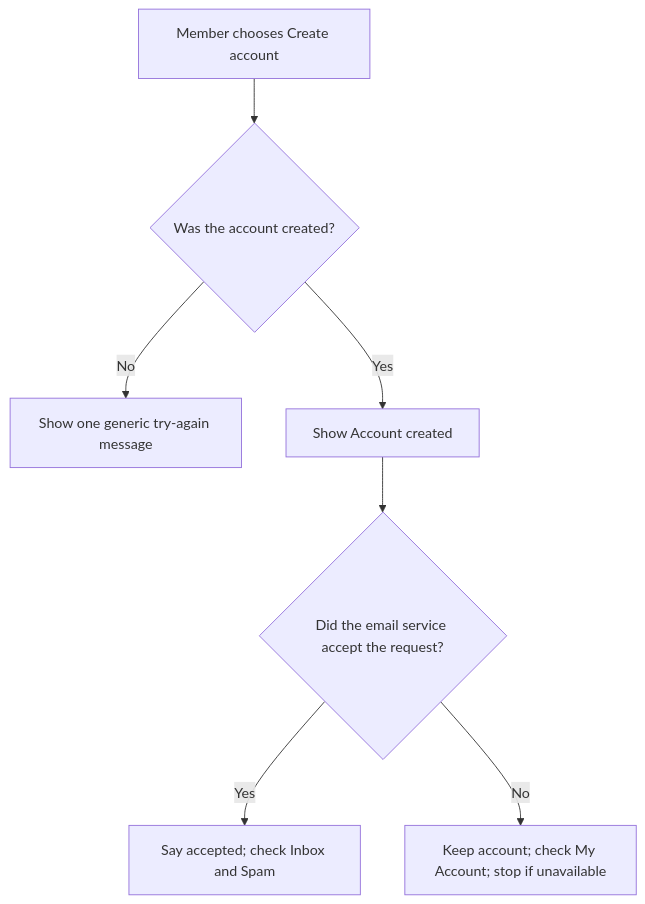
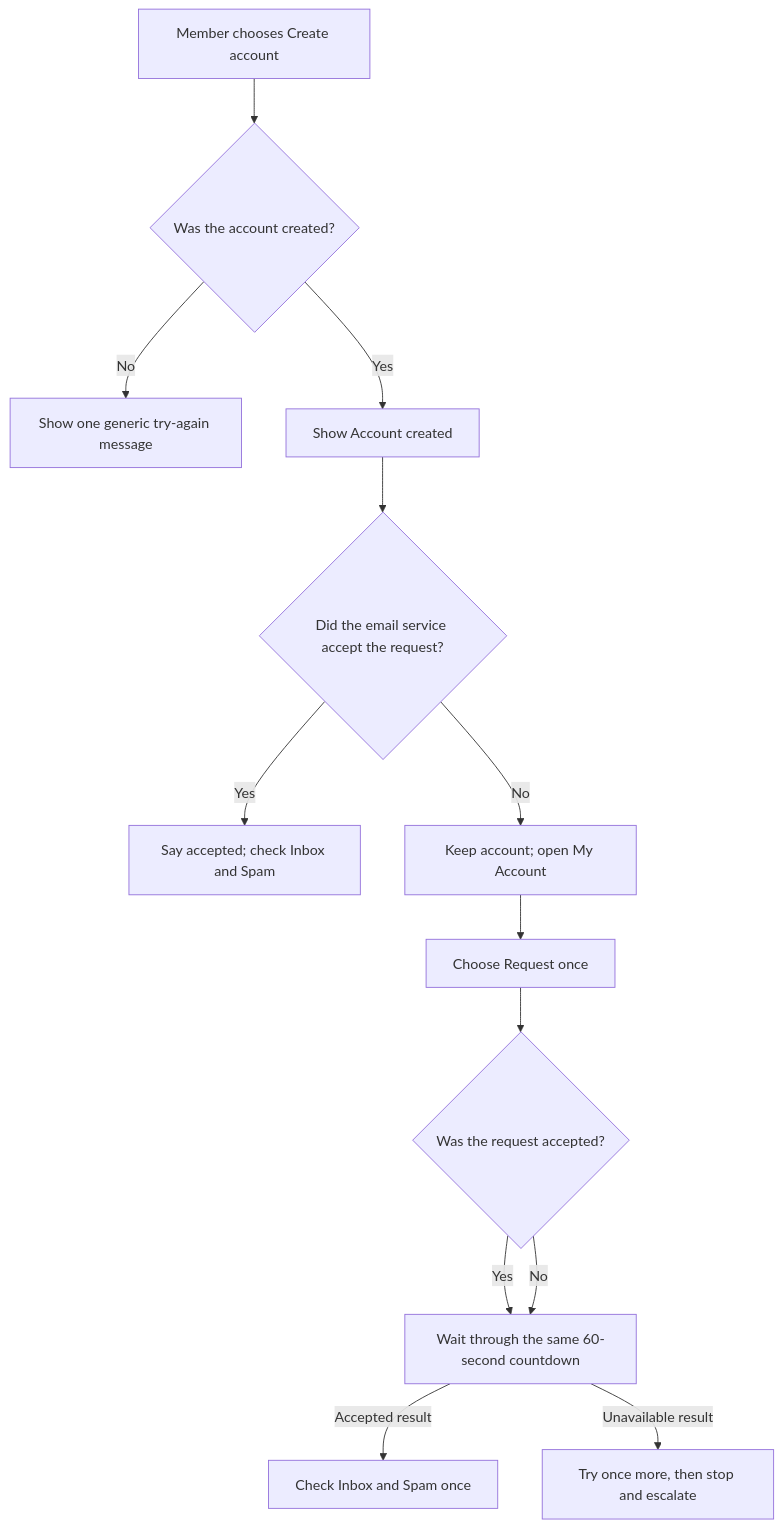
The first of 4 diagrams in docs/officers/EVENTS_SHOP_MEMBERS.md (Run-MPRC/Run-MPRC.github.io), drawn with Mermaid before and after one commit. The commit also changed other lines of this file and 8 other files, not shown here.

````diff
--- a/docs/officers/EVENTS_SHOP_MEMBERS.md
+++ b/docs/officers/EVENTS_SHOP_MEMBERS.md
@@ -66,9 +66,15 @@
 ```mermaid
 flowchart TD
     A["Member chooses Create account"] --> B{"Was the account created?"}
     B -- "No" --> C["Show one generic try-again message"]
     B -- "Yes" --> D["Show Account created"]
     D --> E{"Did the email service accept the request?"}
     E -- "Yes" --> F["Say accepted; check Inbox and Spam"]
-    E -- "No" --> G["Keep account; check My Account; stop if unavailable"]
+    E -- "No" --> G["Keep account; open My Account"]
+    G --> H["Choose Request once"]
+    H --> I{"Was the request accepted?"}
+    I -- "Yes" --> K["Wait through the same 60-second countdown"]
+    I -- "No" --> K
+    K -- "Accepted result" --> J["Check Inbox and Spam once"]
+    K -- "Unavailable result" --> L["Try once more, then stop and escalate"]
 ```
````
